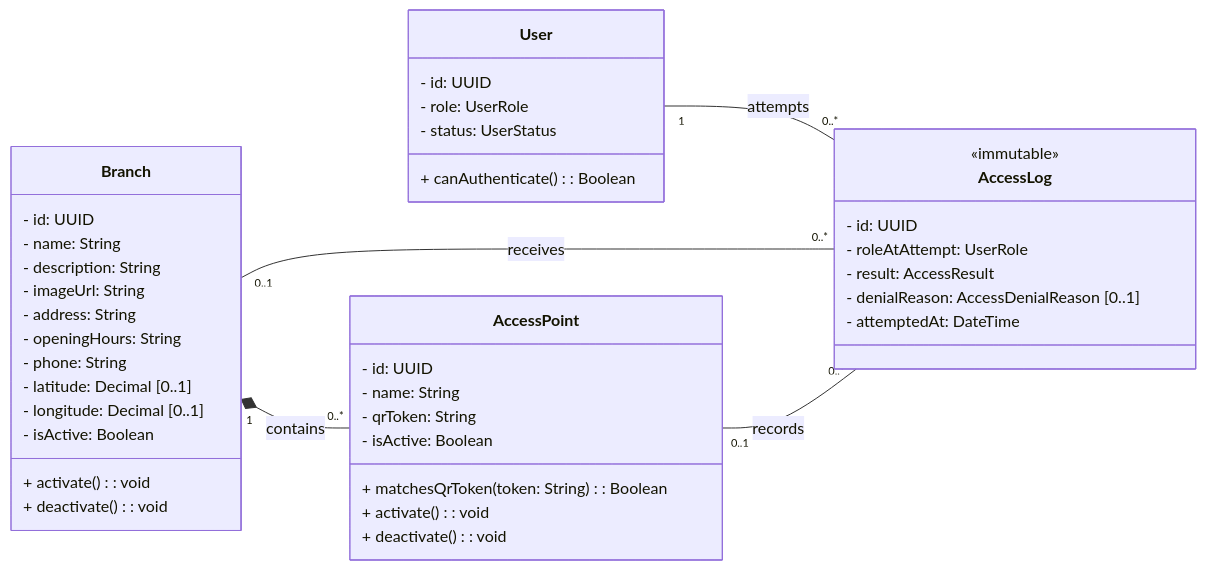
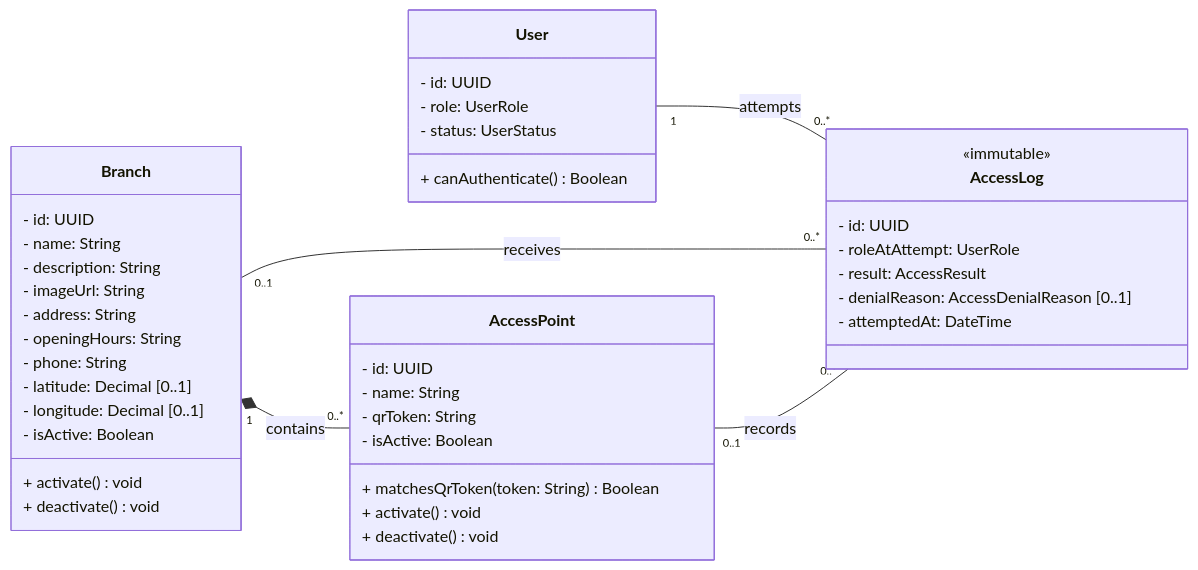
The third of 5 diagrams in docs/diagrama-de-clases.md (MTeamOrg/M-Team), drawn with Mermaid before and after one commit. The commit also changed other lines of this file, not shown here.

Commit message:
fix: correct class diagram rendering

````diff
--- a/docs/diagrama-de-clases.md
+++ b/docs/diagrama-de-clases.md
@@ -130,50 +131,50 @@
 ```mermaid
 classDiagram
 direction LR
 
 class User {
   - id: UUID
   - role: UserRole
   - status: UserStatus
-  + canAuthenticate(): Boolean
+  + canAuthenticate() Boolean
 }
 
 class Branch {
   - id: UUID
   - name: String
   - description: String
   - imageUrl: String
   - address: String
   - openingHours: String
   - phone: String
   - latitude: Decimal [0..1]
   - longitude: Decimal [0..1]
   - isActive: Boolean
-  + activate(): void
-  + deactivate(): void
+  + activate() void
+  + deactivate() void
 }
 
 class AccessPoint {
   - id: UUID
   - name: String
   - qrToken: String
   - isActive: Boolean
-  + matchesQrToken(token: String): Boolean
-  + activate(): void
-  + deactivate(): void
+  + matchesQrToken(token: String) Boolean
+  + activate() void
+  + deactivate() void
 }
 
 class AccessLog {
   <<immutable>>
   - id: UUID
   - roleAtAttempt: UserRole
   - result: AccessResult
   - denialReason: AccessDenialReason [0..1]
   - attemptedAt: DateTime
 }
 
 User "1" -- "0..*" AccessLog : attempts
 Branch "1" *-- "0..*" AccessPoint : contains
 Branch "0..1" -- "0..*" AccessLog : receives
 AccessPoint "0..1" -- "0..*" AccessLog : records
 ```
````
